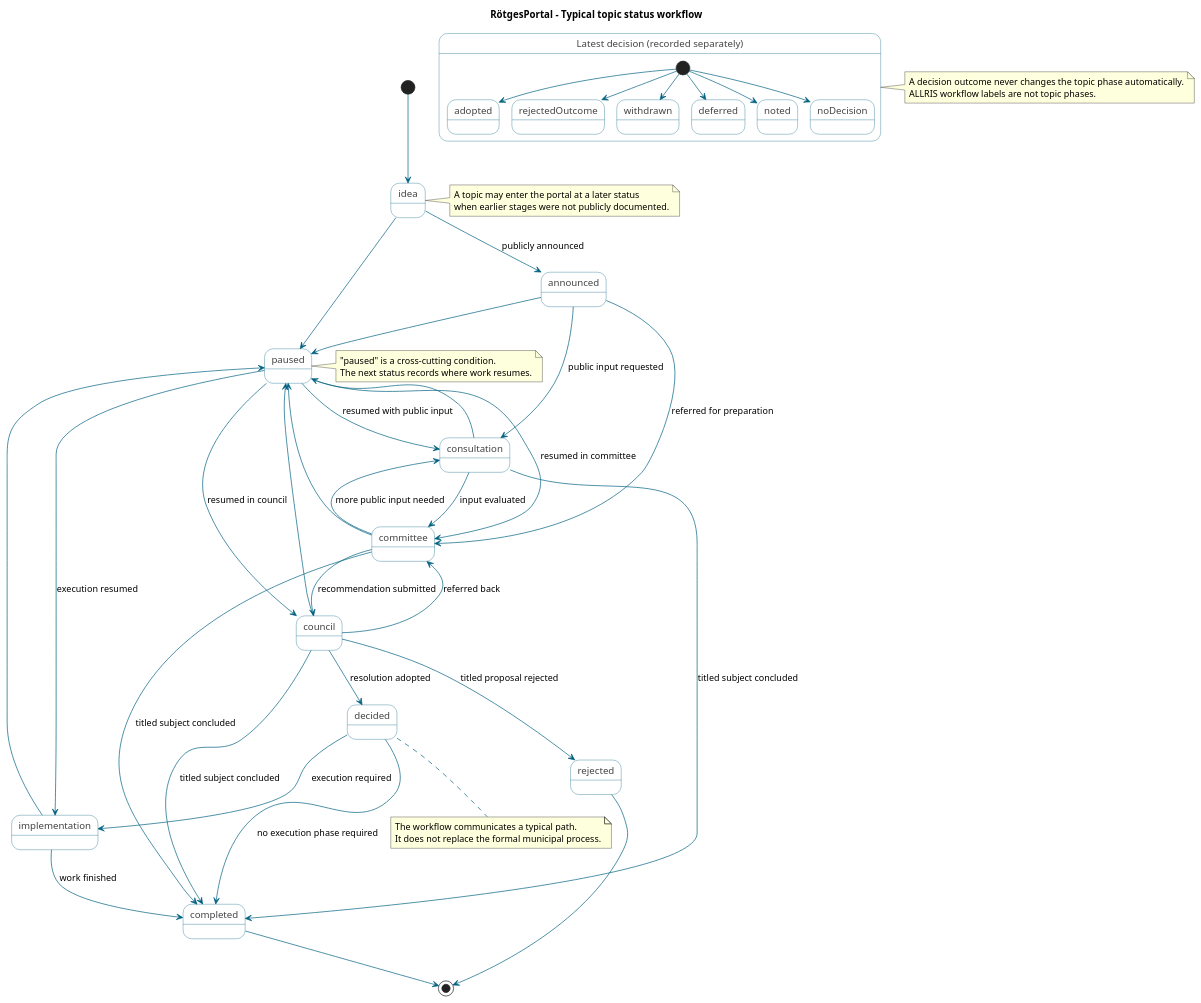
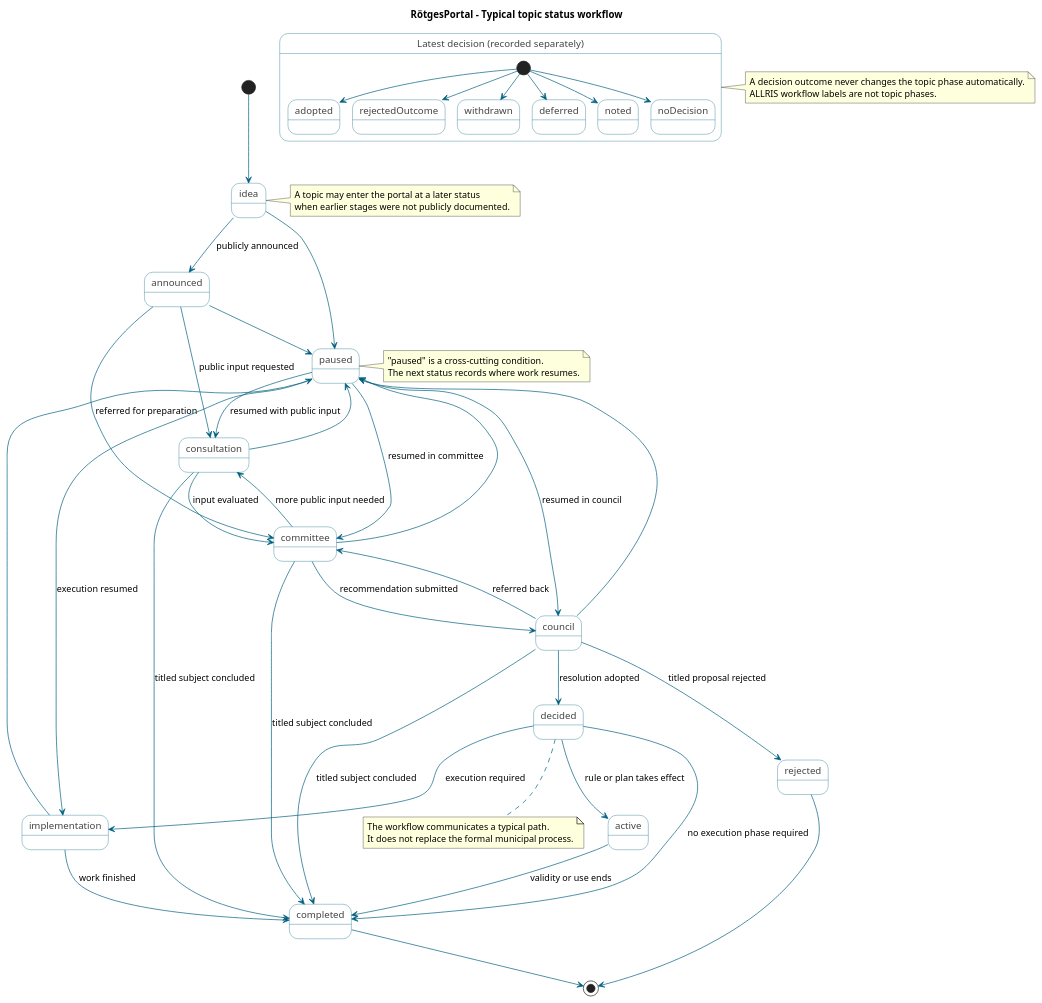
Before and after one commit to codeWithDEI/RoetgesPortal: the diagram in docs/architecture/topic-status-workflow.puml, drawn with PlantUML. The commit also changed 9 other files, not shown here.

```diff
--- a/docs/architecture/topic-status-workflow.puml
+++ b/docs/architecture/topic-status-workflow.puml
@@ -1,74 +1,76 @@
 @startuml
 title RötgesPortal – Typical topic status workflow
 
 skinparam backgroundColor transparent
 skinparam shadowing false
 skinparam state {
   BackgroundColor #FFFFFF
   BorderColor #006080
   FontColor #444444
   ArrowColor #006080
 }
 
 [*] --> idea
 idea --> announced : publicly announced
 announced --> consultation : public input requested
 announced --> committee : referred for preparation
 consultation --> committee : input evaluated
 committee --> council : recommendation submitted
 council --> decided : resolution adopted
 decided --> implementation : execution required
+decided --> active : rule or plan takes effect
 decided --> completed : no execution phase required
 implementation --> completed : work finished
+active --> completed : validity or use ends
 
 committee --> consultation : more public input needed
 council --> committee : referred back
 
 consultation --> completed : titled subject concluded
 committee --> completed : titled subject concluded
 council --> completed : titled subject concluded
 council --> rejected : titled proposal rejected
 
 state "Latest decision (recorded separately)" as decision {
   [*] --> adopted
   [*] --> rejectedOutcome
   [*] --> withdrawn
   [*] --> deferred
   [*] --> noted
   [*] --> noDecision
 }
 
 idea --> paused
 announced --> paused
 consultation --> paused
 committee --> paused
 council --> paused
 implementation --> paused
 paused --> consultation : resumed with public input
 paused --> committee : resumed in committee
 paused --> council : resumed in council
 paused --> implementation : execution resumed
 
 completed --> [*]
 rejected --> [*]
 
 note right of idea
   A topic may enter the portal at a later status
   when earlier stages were not publicly documented.
 end note
 
 note right of paused
   "paused" is a cross-cutting condition.
   The next status records where work resumes.
 end note
 
 note bottom of decided
   The workflow communicates a typical path.
   It does not replace the formal municipal process.
 end note
 
 note right of decision
   A decision outcome never changes the topic phase automatically.
   ALLRIS workflow labels are not topic phases.
 end note
 @enduml
```
